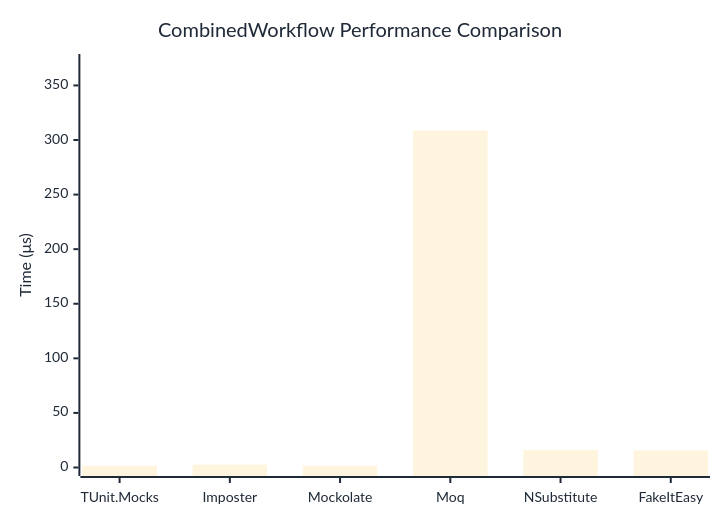
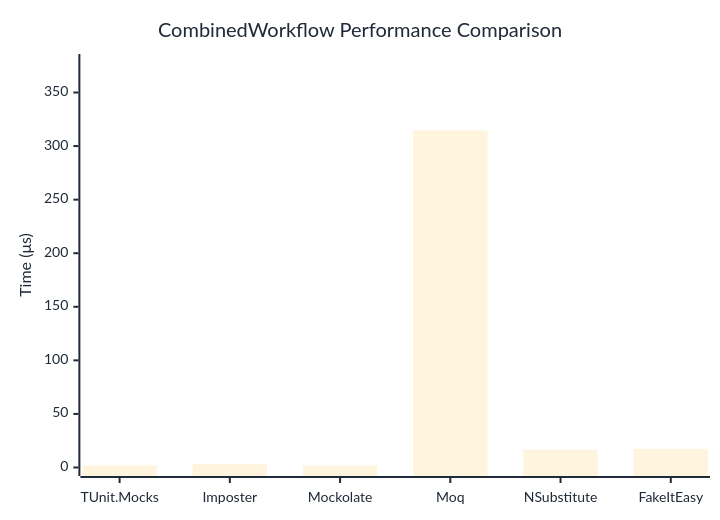
Before and after one commit to thomhurst/TUnit: the diagram in docs/docs/benchmarks/mocks/CombinedWorkflow.md, drawn with Mermaid. The commit also changed other lines of this file and 14 other files, not shown here.

````diff
--- a/docs/docs/benchmarks/mocks/CombinedWorkflow.md
+++ b/docs/docs/benchmarks/mocks/CombinedWorkflow.md
@@ -28,27 +28,27 @@
 ```mermaid
 %%{init: {
   'theme':'base',
   'themeVariables': {
     'primaryColor': '#2563eb',
     'primaryTextColor': '#1f2937',
     'primaryBorderColor': '#1e40af',
     'lineColor': '#6b7280',
     'secondaryColor': '#7c3aed',
     'tertiaryColor': '#dc2626',
     'background': '#ffffff',
     'pie1': '#2563eb',
     'pie2': '#7c3aed',
     'pie3': '#dc2626',
     'pie4': '#f59e0b',
     'pie5': '#10b981',
     'pie6': '#06b6d4',
     'pie7': '#ec4899',
     'pie8': '#6366f1'
   }
 }}%%
 xychart-beta
   title "CombinedWorkflow Performance Comparison"
   x-axis ["TUnit.Mocks", "Imposter", "Mockolate", "Moq", "NSubstitute", "FakeItEasy"]
-  y-axis "Time (μs)" 0 --> 371
-  bar [1.734, 2.553, 1.696, 308.614, 16.093, 15.7]
+  y-axis "Time (μs)" 0 --> 378
+  bar [1.89, 3.106, 1.849, 314.666, 16.609, 17.355]
 ```
````
